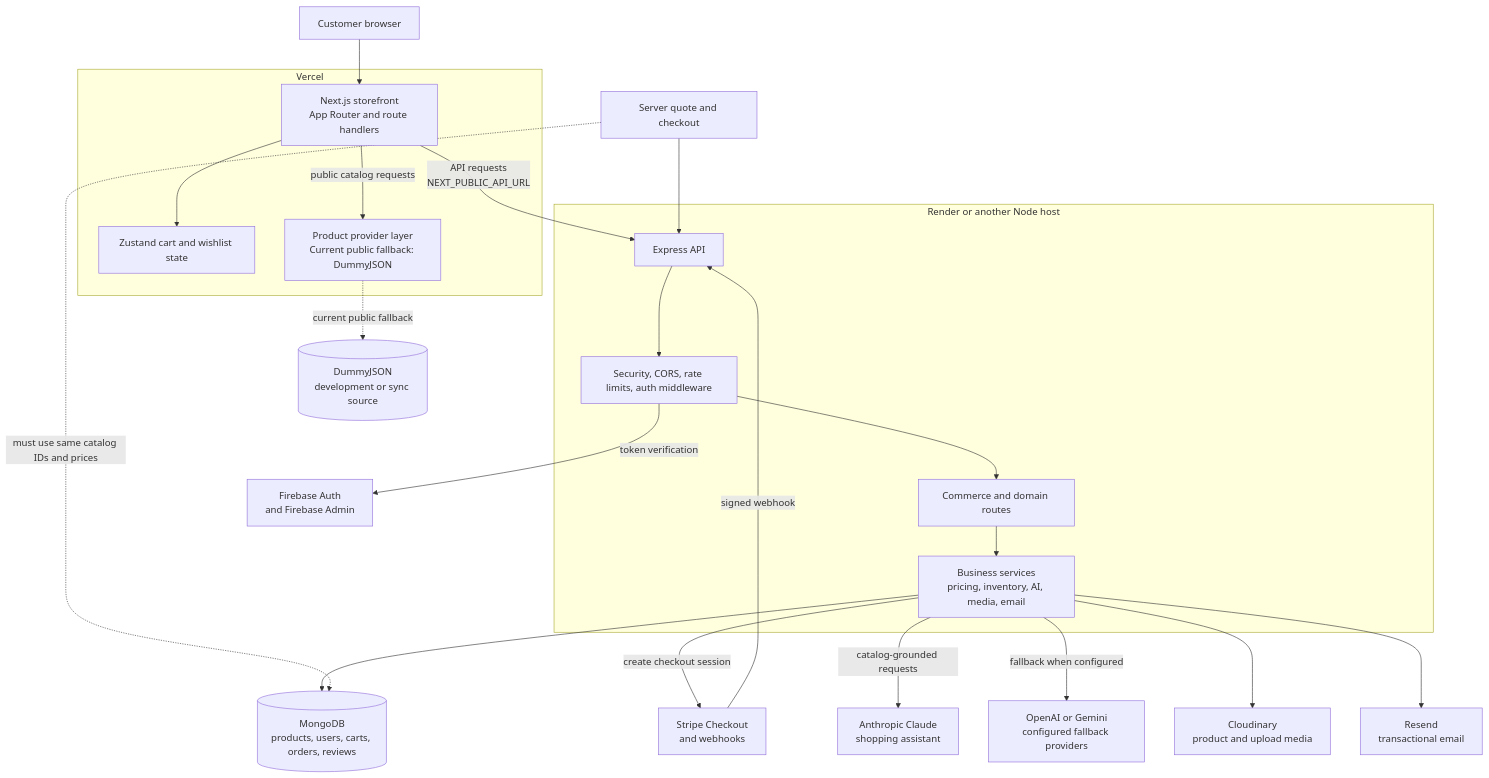
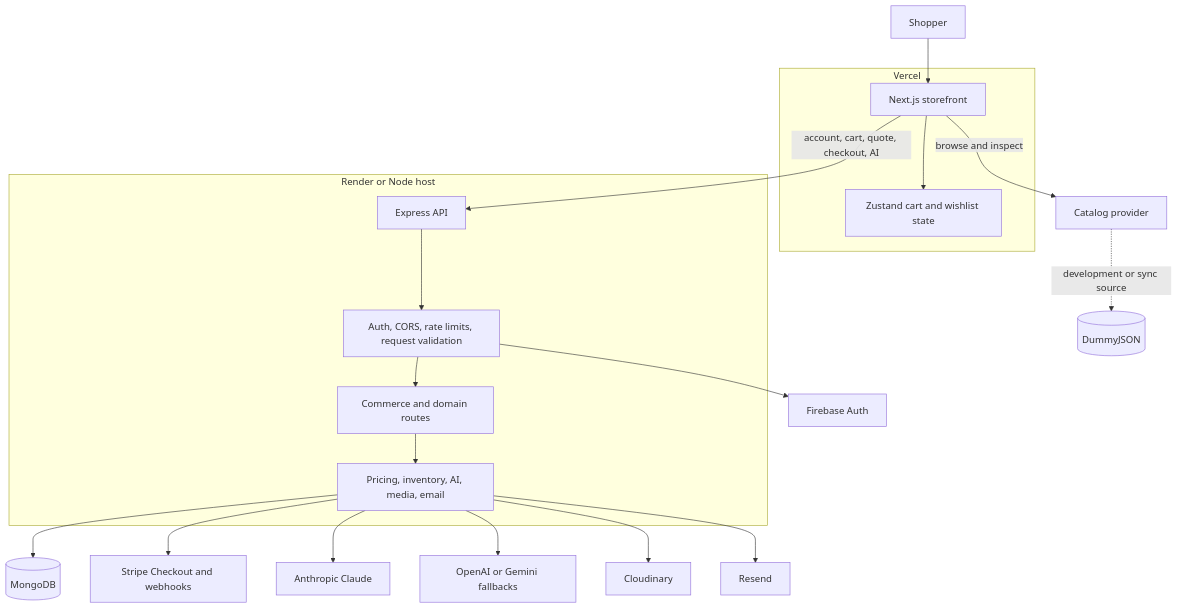
The second of 2 diagrams in README.md (Blacksujit/AR-VR-Ecommerece), drawn with Mermaid before and after one commit. The commit also changed other lines of this file and 4 other files, not shown here.

````diff
--- a/README.md
+++ b/README.md
@@ -127,47 +153,28 @@
 ```mermaid
 flowchart TD
-    customer[Customer browser]
+    shopper[Shopper] --> storefront[Next.js storefront]
+    storefront -->|browse and inspect| catalog[Catalog provider]
+    storefront -->|account, cart, quote, checkout, AI| api[Express API]
 
-    subgraph vercel[Vercel]
-        web[Next.js storefront<br/>App Router and route handlers]
-        webState[Zustand cart and wishlist state]
-        webCatalog[Product provider layer<br/>Current public fallback: DummyJSON]
+    subgraph web[Vercel]
+        storefront
+        state[Zustand cart and wishlist state]
+        storefront --> state
     end
 
-    subgraph render[Render or another Node host]
-        api[Express API]
-        middleware[Security, CORS, rate limits, auth middleware]
-        routes[Commerce and domain routes]
-        services[Business services<br/>pricing, inventory, AI, media, email]
+    subgraph backend[Render or Node host]
+        api --> security[Auth, CORS, rate limits, request validation]
+        security --> domain[Commerce and domain routes]
+        domain --> services[Pricing, inventory, AI, media, email]
     end
 
-    mongo[(MongoDB<br/>products, users, carts, orders, reviews)]
-    firebase[Firebase Auth<br/>and Firebase Admin]
-    stripe[Stripe Checkout<br/>and webhooks]
-    anthropic[Anthropic Claude<br/>shopping assistant]
-    fallbacks[OpenAI or Gemini<br/>configured fallback providers]
-    cloudinary[Cloudinary<br/>product and upload media]
-    resend[Resend<br/>transactional email]
-    dummyjson[(DummyJSON<br/>development or sync source)]
+    services --> database[(MongoDB)]
+    security --> firebase[Firebase Auth]
+    services --> stripe[Stripe Checkout and webhooks]
+    services --> claude[Anthropic Claude]
+    services --> providers[OpenAI or Gemini fallbacks]
+    services --> cloudinary[Cloudinary]
+    services --> resend[Resend]
 
-    customer --> web
-    web --> webState
-    web -->|public catalog requests| webCatalog
-    web -->|API requests<br/>NEXT_PUBLIC_API_URL| api
-
-    api --> middleware
-    middleware --> routes
-    routes --> services
-    services --> mongo
-    middleware -->|token verification| firebase
-    services -->|create checkout session| stripe
-    stripe -->|signed webhook| api
-    services -->|catalog-grounded requests| anthropic
-    services -->|fallback when configured| fallbacks
-    services --> cloudinary
-    services --> resend
-    webCatalog -.->|current public fallback| dummyjson
-
-    quote[Server quote and checkout] --> api
-    quote -.->|must use same catalog IDs and prices| mongo
+    catalog -. development or sync source .-> dummyjson[(DummyJSON)]
 ```
````
